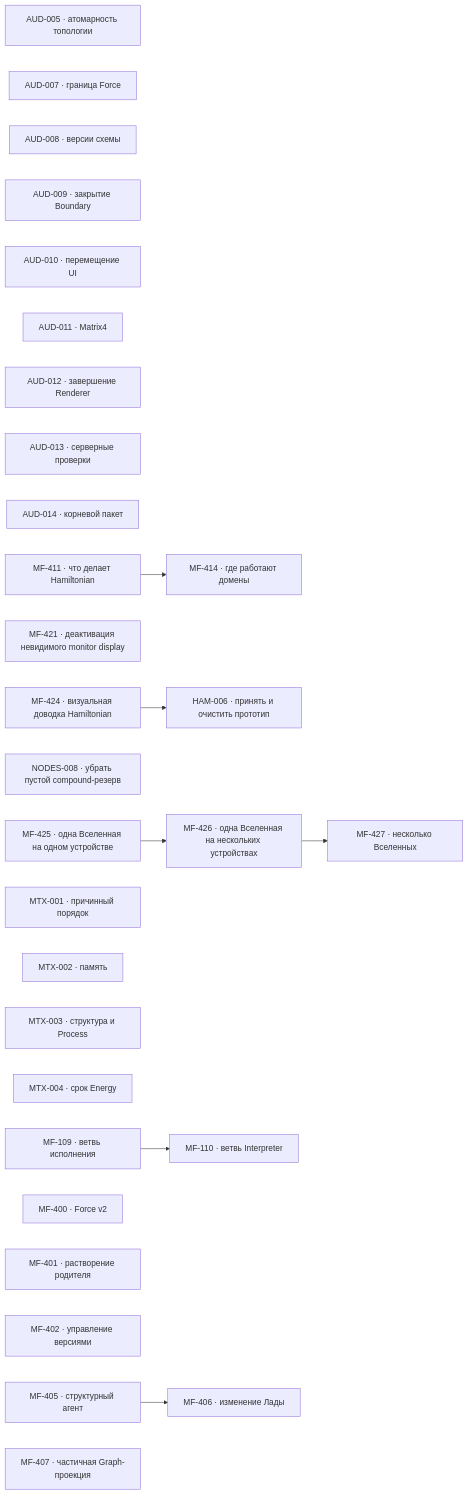
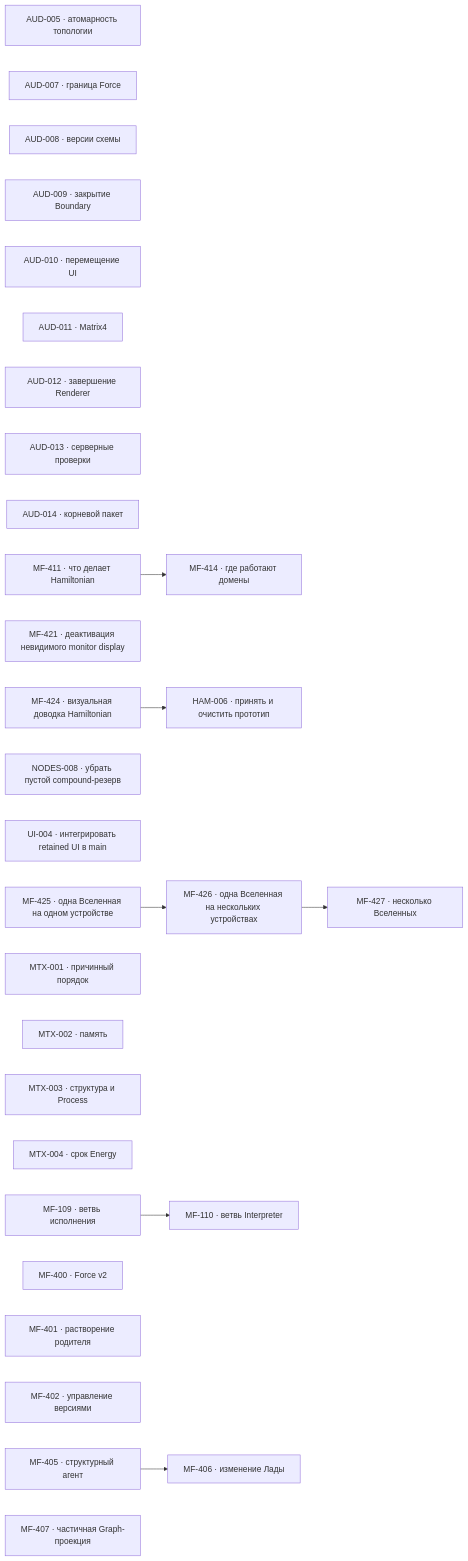
The diagram in project/TODO.md (zavx0z/metafor), drawn with Mermaid before and after one commit. The commit also changed other lines of this file and 1 other file, not shown here.

Commit message:
project(UI-004): prepare retained UI integration

````diff
--- a/project/TODO.md
+++ b/project/TODO.md
@@ -13,39 +13,40 @@
 ```mermaid
 flowchart LR
     AUD005["AUD-005 · атомарность топологии"]
     AUD007["AUD-007 · граница Force"]
     AUD008["AUD-008 · версии схемы"]
     AUD009["AUD-009 · закрытие Boundary"]
     AUD010["AUD-010 · перемещение UI"]
     AUD011["AUD-011 · Matrix4"]
     AUD012["AUD-012 · завершение Renderer"]
     AUD013["AUD-013 · серверные проверки"]
     AUD014["AUD-014 · корневой пакет"]
     MF411["MF-411 · что делает Hamiltonian"]
     MF414["MF-414 · где работают домены"]
     MF421["MF-421 · деактивация невидимого monitor display"]
     MF424["MF-424 · визуальная доводка Hamiltonian"]
     HAM006["HAM-006 · принять и очистить прототип"]
     NODES008["NODES-008 · убрать пустой compound-резерв"]
+    UI004["UI-004 · интегрировать retained UI в main"]
     MF425["MF-425 · одна Вселенная на одном устройстве"]
     MF426["MF-426 · одна Вселенная на нескольких устройствах"]
     MF427["MF-427 · несколько Вселенных"]
     MTX001["MTX-001 · причинный порядок"]
     MTX002["MTX-002 · память"]
     MTX003["MTX-003 · структура и Process"]
     MTX004["MTX-004 · срок Energy"]
     MF109["MF-109 · ветвь исполнения"]
     MF110["MF-110 · ветвь Interpreter"]
     MF400["MF-400 · Force v2"]
     MF401["MF-401 · растворение родителя"]
     MF402["MF-402 · управление версиями"]
     MF405["MF-405 · структурный агент"]
     MF406["MF-406 · изменение Лады"]
     MF407["MF-407 · частичная Graph-проекция"]
     MF109 --> MF110
     MF405 --> MF406
     MF411 --> MF414
     MF424 --> HAM006
     MF425 --> MF426
     MF426 --> MF427
 ```
````
